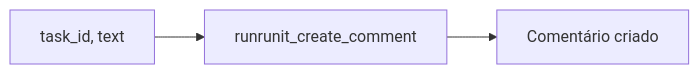
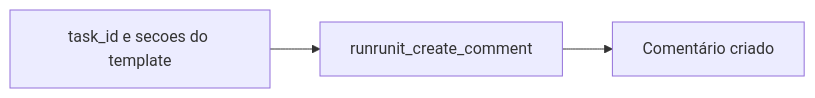
One commit to agencian1/mcp-runrunit changed diagram 14 of 19 in docs/API/Fluxos-Tasks-MCP-Runrunit.md. Above: the diagram before and after it, drawn with Mermaid. The commit also changed other lines of this file, not shown here.

Commit message:
15392 - docs - documenta as seções do comentário da task

````diff
--- a/docs/API/Fluxos-Tasks-MCP-Runrunit.md
+++ b/docs/API/Fluxos-Tasks-MCP-Runrunit.md
@@ -291,5 +293,5 @@
 ```mermaid
 flowchart LR
-  A[task_id, text] --> B[runrunit_create_comment]
+  A[task_id e secoes do template] --> B[runrunit_create_comment]
   B --> C[Comentário criado]
 ```
````
